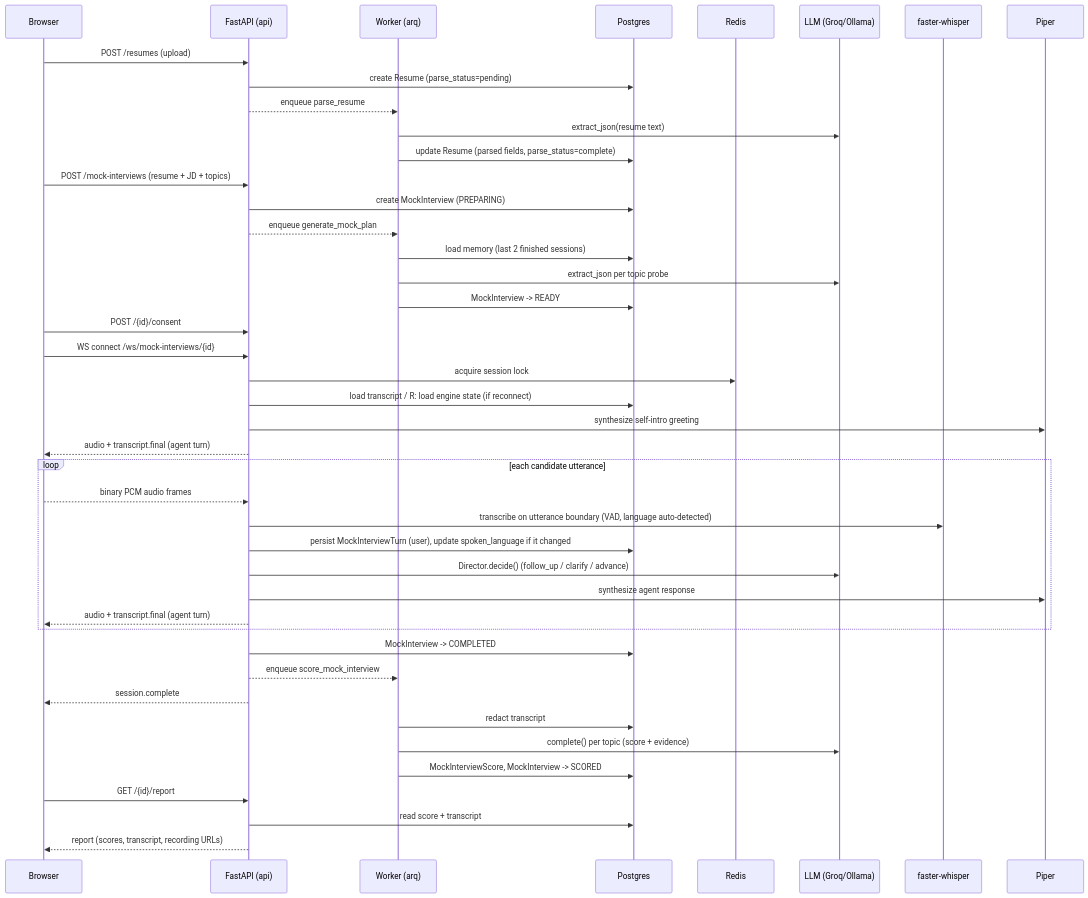
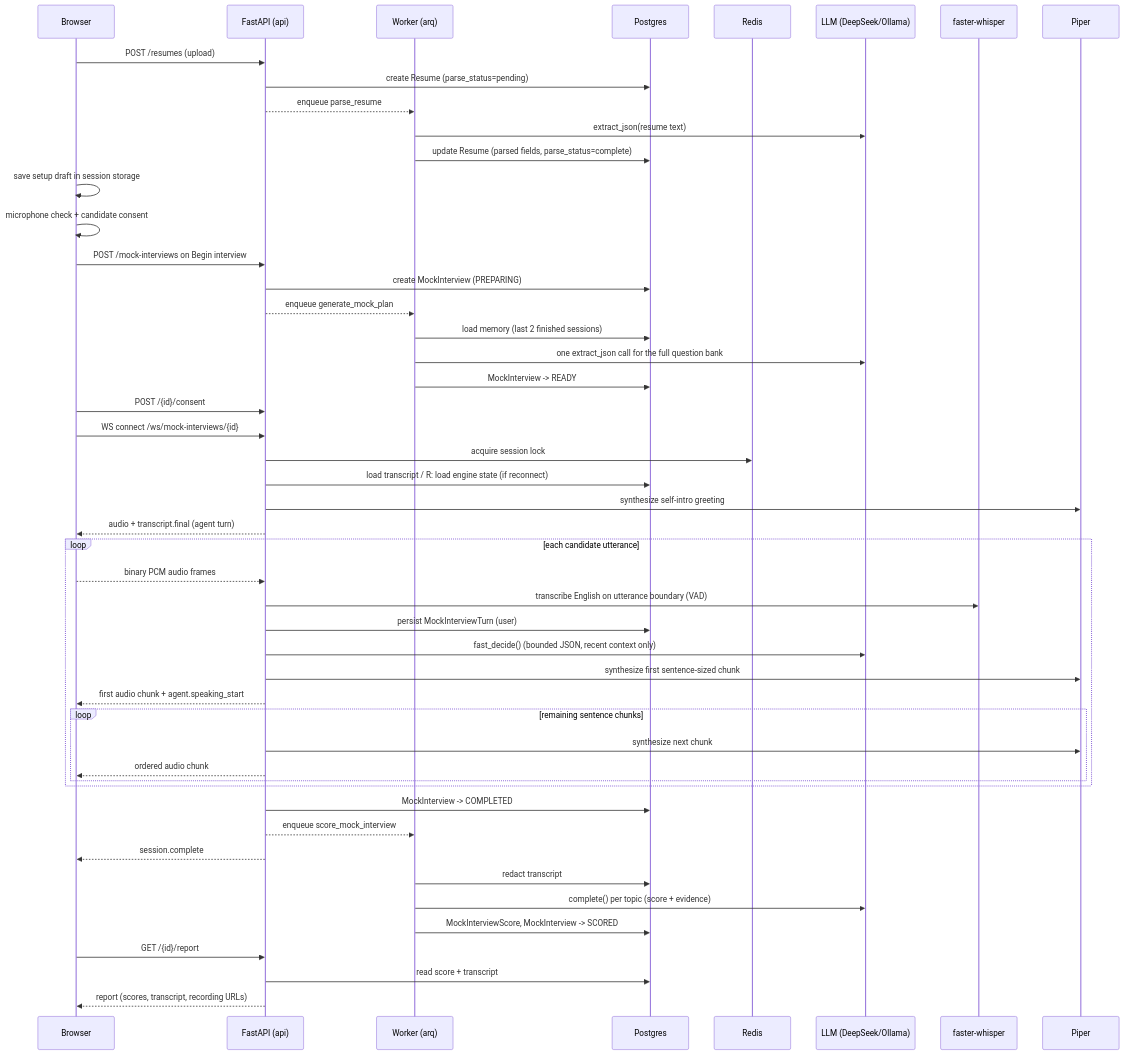
One commit to usmanwaheeddev/ai-interview-practice changed the fourth of 5 diagrams in architecture.md. Above: the diagram before and after it, drawn with Mermaid. The commit also changed other lines of this file and 50 other files, not shown here.

Commit message:
feat: update interview flow and DeepSeek fallback

````diff
--- a/architecture.md
+++ b/architecture.md
@@ -224,52 +224,58 @@
 ```mermaid
 sequenceDiagram
     participant B as Browser
     participant API as FastAPI (api)
     participant W as Worker (arq)
     participant DB as Postgres
     participant R as Redis
-    participant LLM as LLM (Groq/Ollama)
+    participant LLM as LLM (DeepSeek/Ollama)
     participant STT as faster-whisper
     participant TTS as Piper
 
     B->>API: POST /resumes (upload)
     API->>DB: create Resume (parse_status=pending)
     API-->>W: enqueue parse_resume
     W->>LLM: extract_json(resume text)
     W->>DB: update Resume (parsed fields, parse_status=complete)
 
-    B->>API: POST /mock-interviews (resume + JD + topics)
+    B->>B: save setup draft in session storage
+    B->>B: microphone check + candidate consent
+    B->>API: POST /mock-interviews on Begin interview
     API->>DB: create MockInterview (PREPARING)
     API-->>W: enqueue generate_mock_plan
     W->>DB: load memory (last 2 finished sessions)
-    W->>LLM: extract_json per topic probe
+    W->>LLM: one extract_json call for the full question bank
     W->>DB: MockInterview -> READY
 
     B->>API: POST /{id}/consent
     B->>API: WS connect /ws/mock-interviews/{id}
     API->>R: acquire session lock
     API->>DB: load transcript / R: load engine state (if reconnect)
     API->>TTS: synthesize self-intro greeting
     API-->>B: audio + transcript.final (agent turn)
 
     loop each candidate utterance
         B-->>API: binary PCM audio frames
-        API->>STT: transcribe on utterance boundary (VAD, language auto-detected)
-        API->>DB: persist MockInterviewTurn (user), update spoken_language if it changed
-        API->>LLM: Director.decide() (follow_up / clarify / advance)
-        API->>TTS: synthesize agent response
-        API-->>B: audio + transcript.final (agent turn)
+        API->>STT: transcribe English on utterance boundary (VAD)
+        API->>DB: persist MockInterviewTurn (user)
+        API->>LLM: fast_decide() (bounded JSON, recent context only)
+        API->>TTS: synthesize first sentence-sized chunk
+        API-->>B: first audio chunk + agent.speaking_start
+        loop remaining sentence chunks
+            API->>TTS: synthesize next chunk
+            API-->>B: ordered audio chunk
+        end
     end
 
     API->>DB: MockInterview -> COMPLETED
     API-->>W: enqueue score_mock_interview
     API-->>B: session.complete
 
     W->>DB: redact transcript
     W->>LLM: complete() per topic (score + evidence)
     W->>DB: MockInterviewScore, MockInterview -> SCORED
 
     B->>API: GET /{id}/report
     API->>DB: read score + transcript
     API-->>B: report (scores, transcript, recording URLs)
 ```
````
